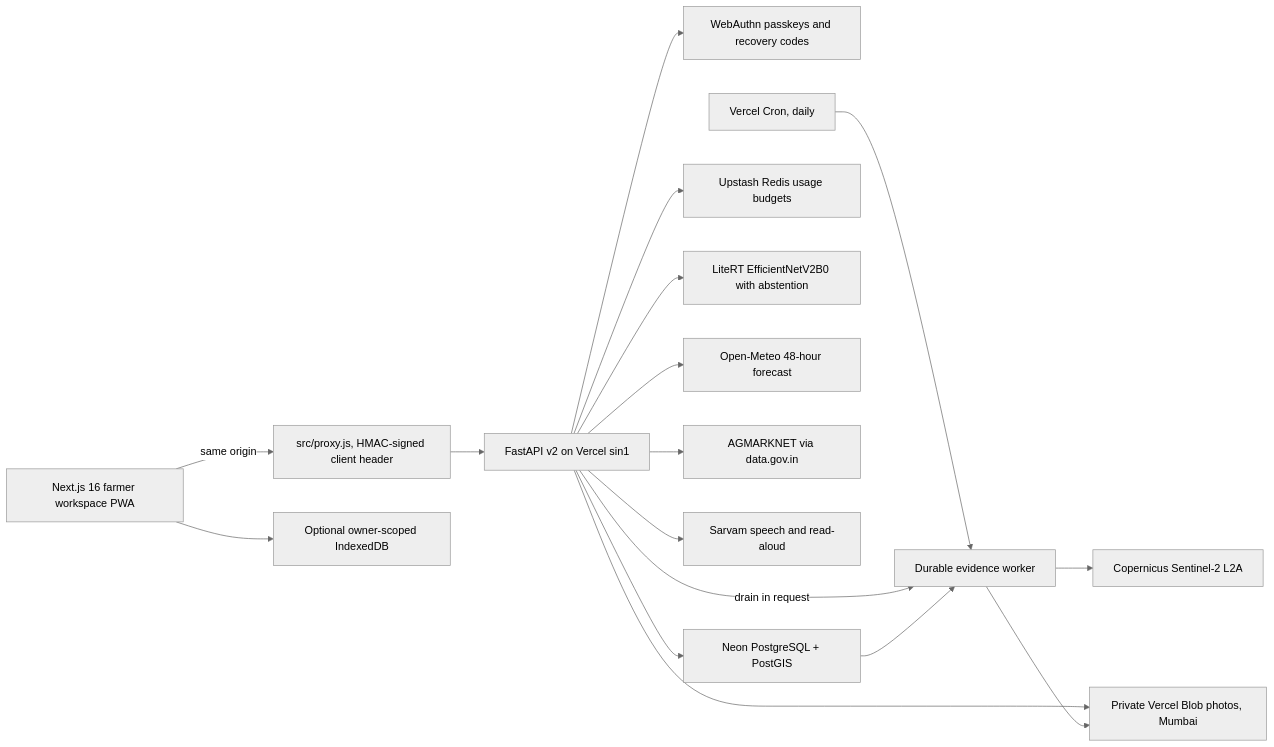
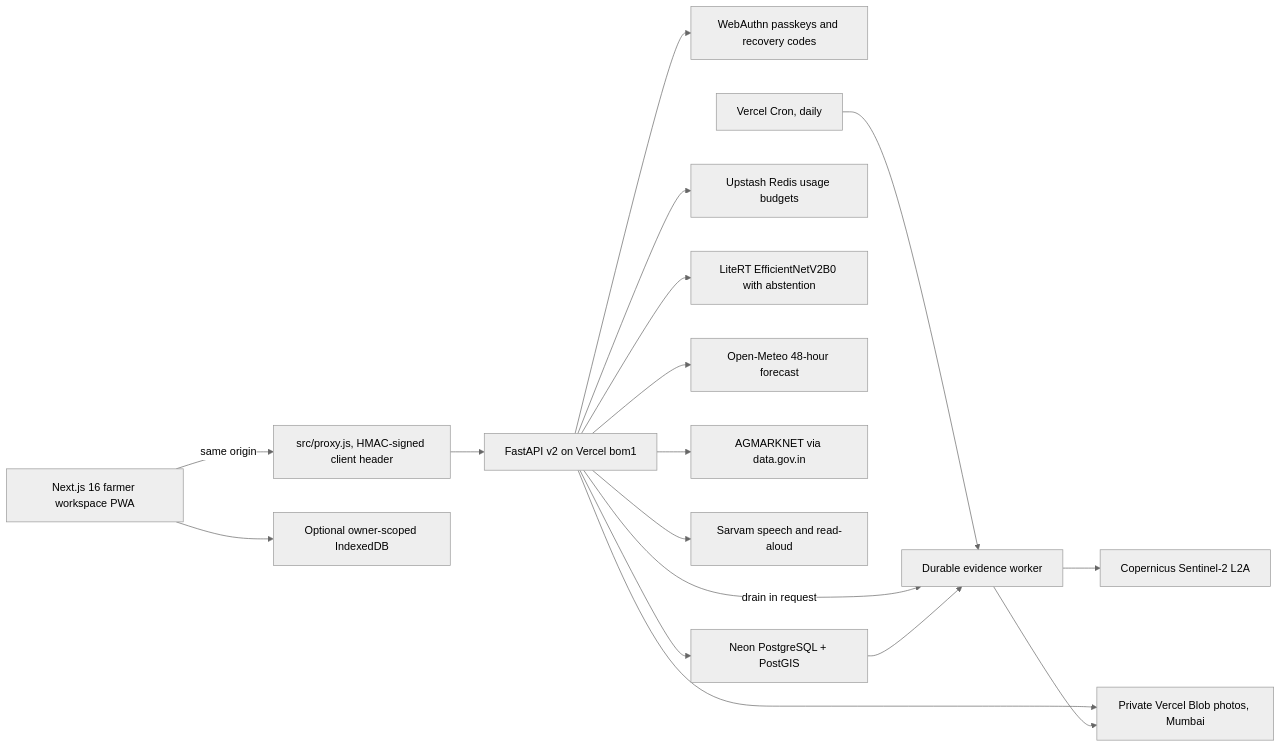
One commit to Thanatos9404/Krishyak changed the diagram in docs/v2/ARCHITECTURE.md. Above: the diagram before and after it, drawn with Mermaid (neutral theme). The commit also changed 7 other files, not shown here.

````diff
--- a/docs/v2/ARCHITECTURE.md
+++ b/docs/v2/ARCHITECTURE.md
@@ -7,19 +7,19 @@
 ```mermaid
 flowchart LR
   UI[Next.js 16 farmer workspace PWA] -->|same origin| PX[src/proxy.js, HMAC-signed client header]
   UI --> IDB[Optional owner-scoped IndexedDB]
-  PX --> API[FastAPI v2 on Vercel sin1]
+  PX --> API[FastAPI v2 on Vercel bom1]
   API --> PK[WebAuthn passkeys and recovery codes]
   API --> PG[Neon PostgreSQL + PostGIS]
   API --> Redis[Upstash Redis usage budgets]
   API --> Objects[Private Vercel Blob photos, Mumbai]
   API --> ML[LiteRT EfficientNetV2B0 with abstention]
   API --> Weather[Open-Meteo 48-hour forecast]
   API --> Market[AGMARKNET via data.gov.in]
   API --> Speech[Sarvam speech and read-aloud]
   Cron[Vercel Cron, daily] --> Worker[Durable evidence worker]
   API -->|drain in request| Worker
   PG --> Worker
   Worker --> CDSE[Copernicus Sentinel-2 L2A]
   Worker --> Objects
 ```
````
